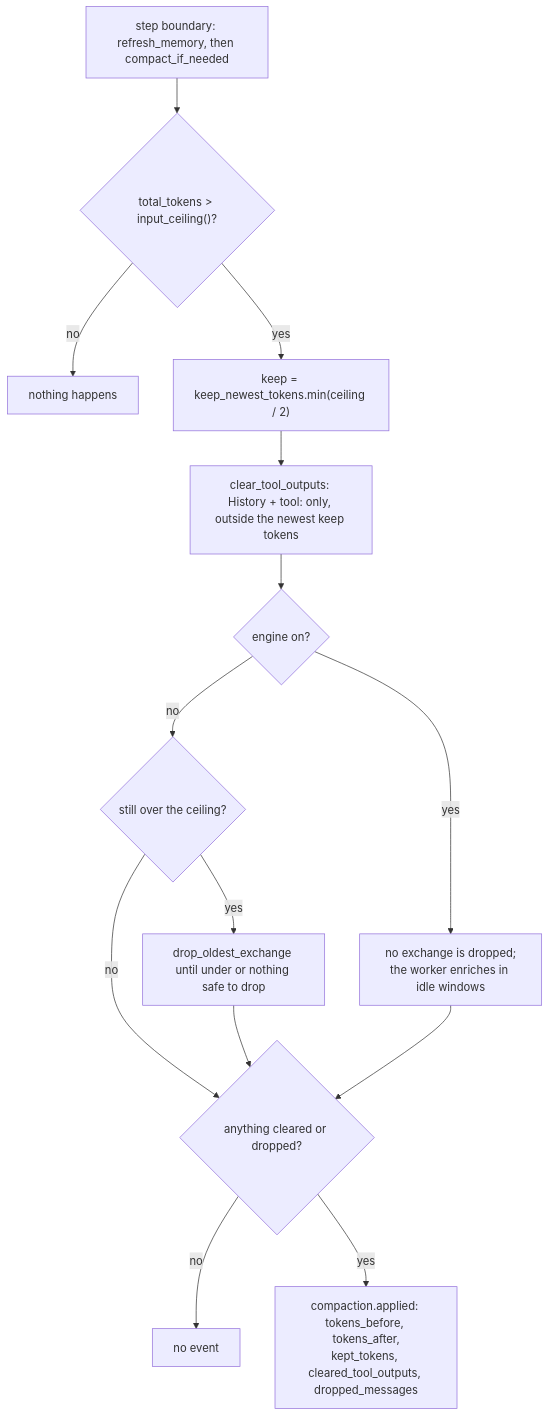
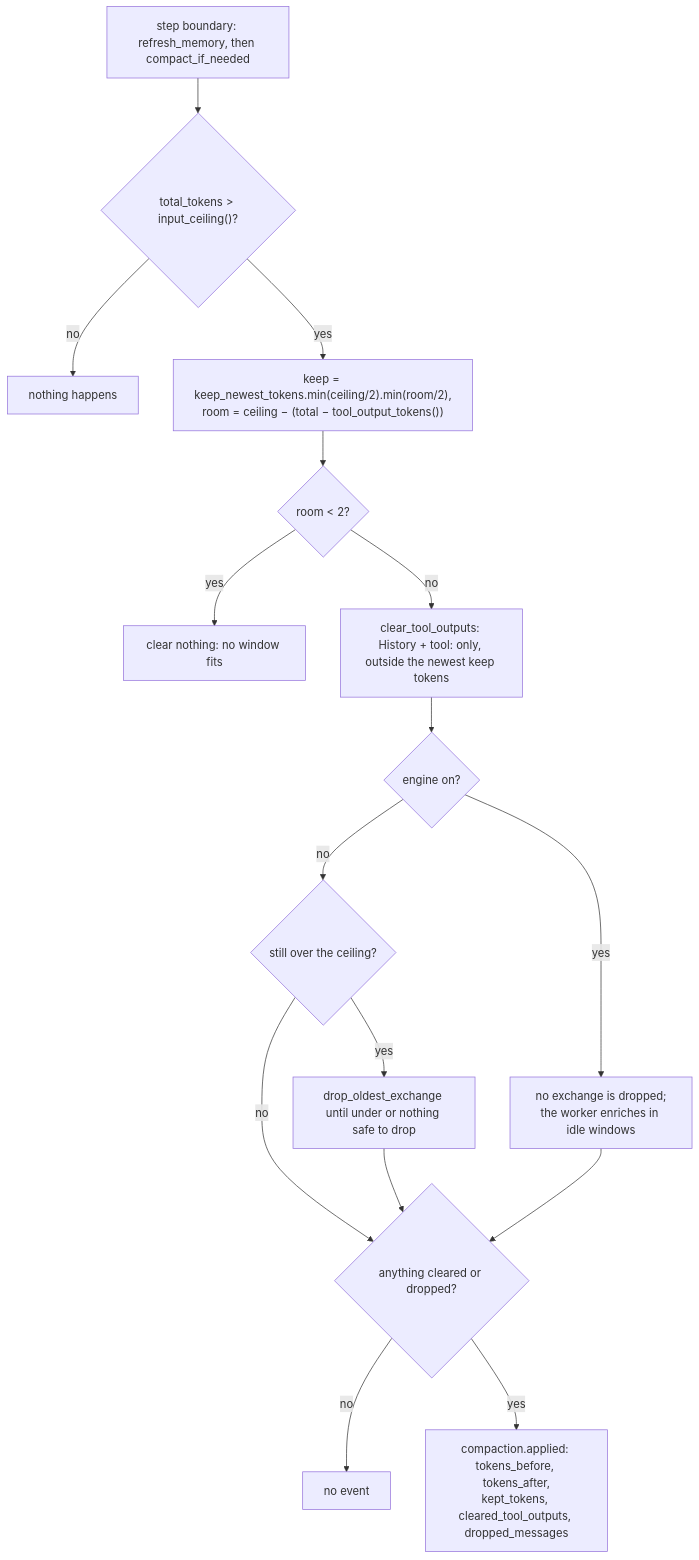
Before and after one commit to fengchangfight/loongagent: the diagram in docs/design/flows/context-compaction.md, drawn with Mermaid. The commit also changed other lines of this file and 8 other files, not shown here.

First line of the commit message:
fix(kernel): fit the compaction window to the room the ceiling leaves

````diff
--- a/docs/design/flows/context-compaction.md
+++ b/docs/design/flows/context-compaction.md
@@ -80,16 +98,18 @@
 ```mermaid
 flowchart TD
     A["step boundary: refresh_memory, then compact_if_needed"] --> B{"total_tokens > input_ceiling()?"}
     B -- no --> Z["nothing happens"]
-    B -- yes --> K["keep = keep_newest_tokens.min(ceiling / 2)"]
-    K --> C["clear_tool_outputs: History + tool: only, outside the newest keep tokens"]
+    B -- yes --> K["keep = keep_newest_tokens.min(ceiling/2).min(room/2),<br/>room = ceiling − (total − tool_output_tokens())"]
+    K --> N{"room < 2?"}
+    N -- yes --> Z3["clear nothing: no window fits"]
+    N -- no --> C["clear_tool_outputs: History + tool: only, outside the newest keep tokens"]
     C --> D{"engine on?"}
     D -- yes --> Y["no exchange is dropped;<br/>the worker enriches in idle windows"]
     D -- no --> E{"still over the ceiling?"}
     E -- yes --> F["drop_oldest_exchange until under or nothing safe to drop"]
     E -- no --> CHG{"anything cleared or dropped?"}
     F --> CHG
     Y --> CHG
     CHG -- no --> Z2["no event"]
     CHG -- yes --> EV["compaction.applied: tokens_before, tokens_after,<br/>kept_tokens, cleared_tool_outputs, dropped_messages"]
 ```
````
